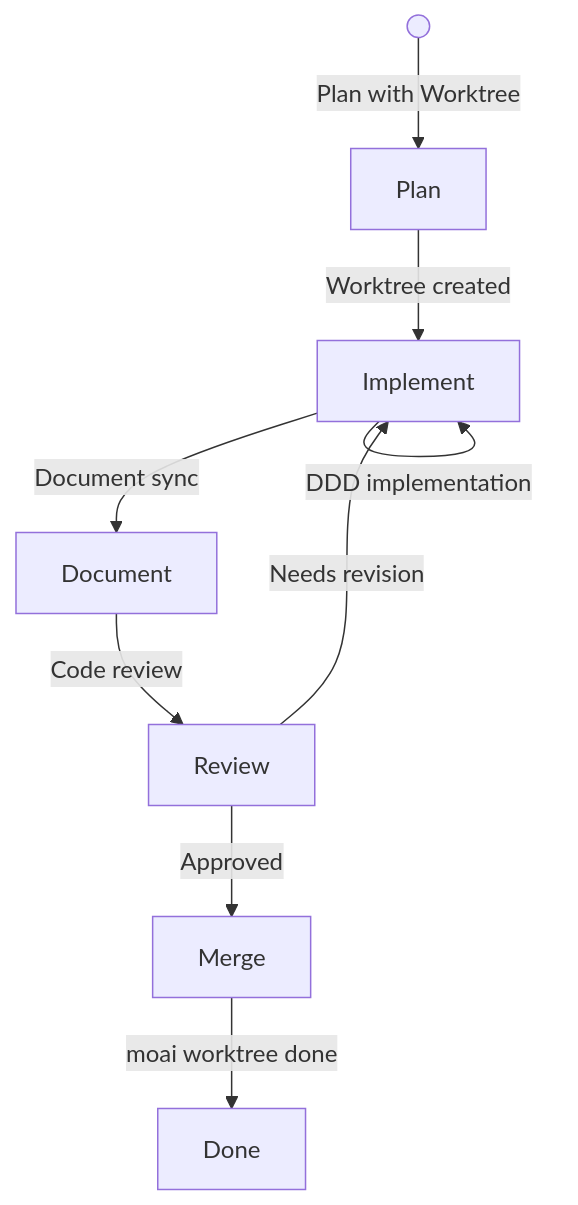
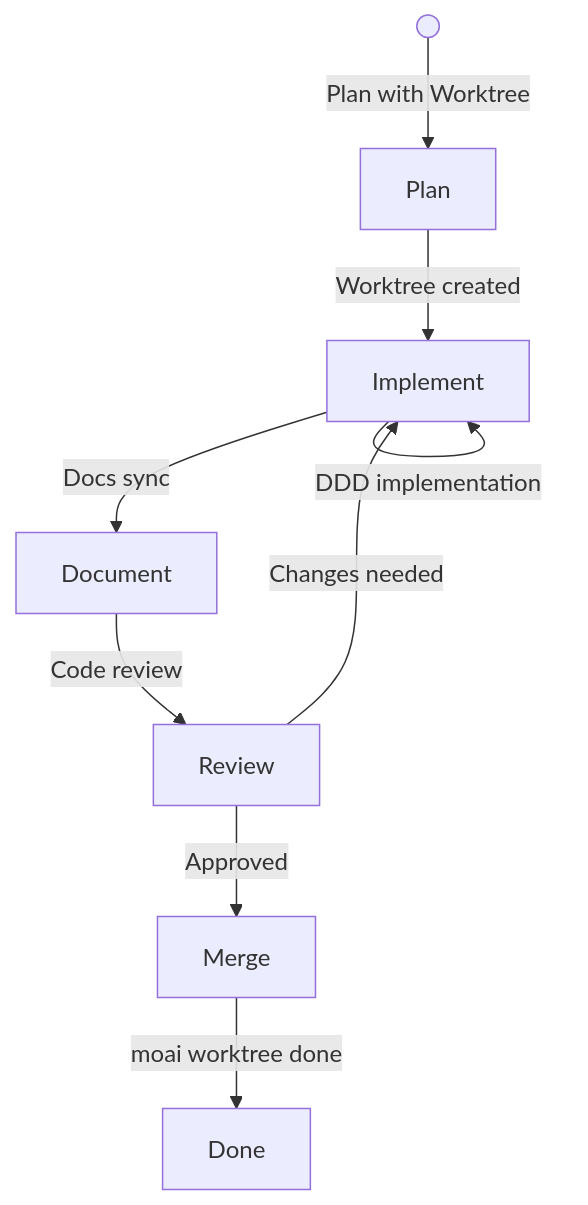
Before and after one commit to modu-ai/moai-adk: the fifth of 10 diagrams in docs-site/content/en/worktree/guide.md, drawn with Mermaid. The commit also changed other lines of this file and 395 other files, not shown here.

````diff
--- a/docs-site/content/en/worktree/guide.md
+++ b/docs-site/content/en/worktree/guide.md
@@ -374,11 +383,11 @@
 ```mermaid
 flowchart TD
     Start(( )) -->|"Plan with Worktree"| Plan["Plan"]
     Plan -->|"Worktree created"| Implement["Implement"]
     Implement -->|"DDD implementation"| Implement
-    Implement -->|"Document sync"| Document["Document"]
+    Implement -->|"Docs sync"| Document["Document"]
     Document -->|"Code review"| Review["Review"]
     Review -->|"Approved"| Merge["Merge"]
-    Review -->|"Needs revision"| Implement
+    Review -->|"Changes needed"| Implement
     Merge -->|"moai worktree done"| Done["Done"]
 ```
````
